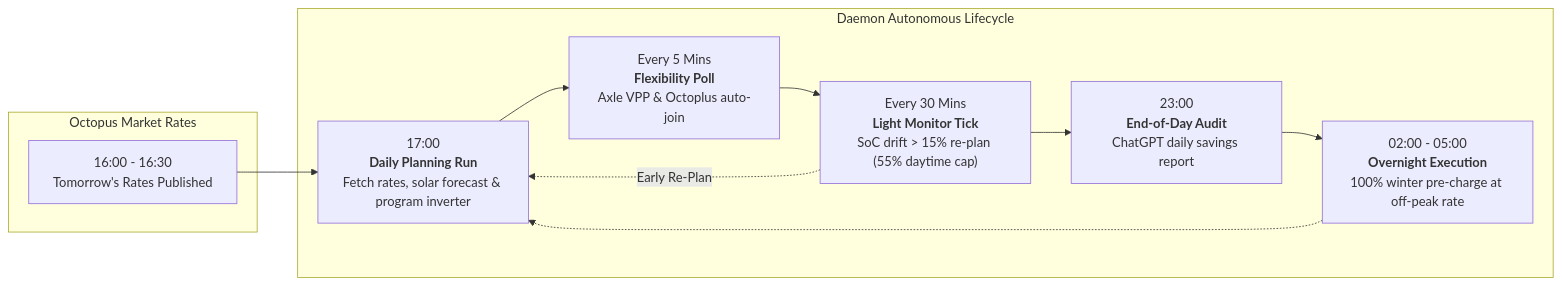
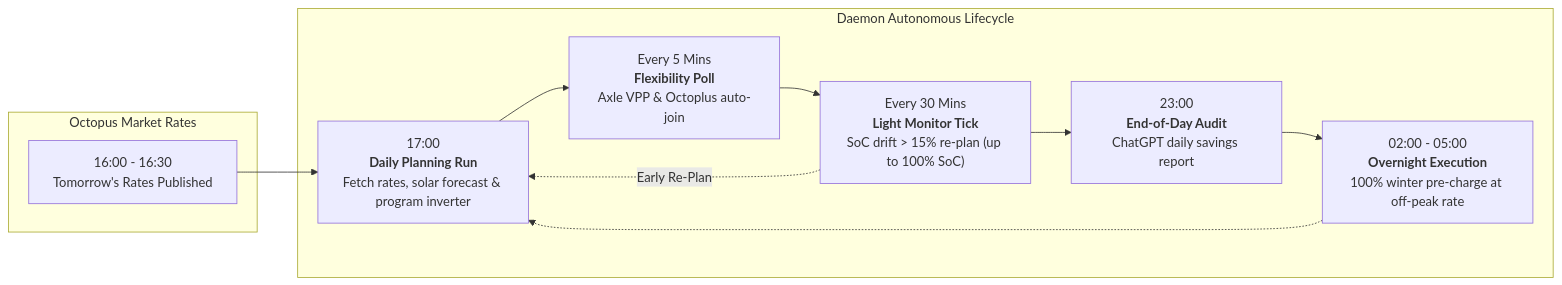
The third of 4 diagrams in README.md (revhawk/GivEnergy_Tracker), drawn with Mermaid before and after one commit. The commit also changed other lines of this file and 9 other files, not shown here.

````diff
--- a/README.md
+++ b/README.md
@@ -176,22 +180,22 @@
 ```mermaid
 flowchart LR
     subgraph Market["Octopus Market Rates"]
         Rates["16:00 - 16:30<br/>Tomorrow's Rates Published"]
     end
 
     subgraph Daemon["Daemon Autonomous Lifecycle"]
         Plan["17:00<br/><b>Daily Planning Run</b><br/>Fetch rates, solar forecast & program inverter"]
         Flex["Every 5 Mins<br/><b>Flexibility Poll</b><br/>Axle VPP & Octoplus auto-join"]
-        Drift["Every 30 Mins<br/><b>Light Monitor Tick</b><br/>SoC drift > 15% re-plan (55% daytime cap)"]
+        Drift["Every 30 Mins<br/><b>Light Monitor Tick</b><br/>SoC drift > 15% re-plan (up to 100% SoC)"]
         Audit["23:00<br/><b>End-of-Day Audit</b><br/>ChatGPT daily savings report"]
         Charge["02:00 - 05:00<br/><b>Overnight Execution</b><br/>100% winter pre-charge at off-peak rate"]
     end
 
     Rates --> Plan
     Plan --> Flex
     Flex --> Drift
     Drift -.->|Early Re-Plan| Plan
     Drift --> Audit
     Audit --> Charge
     Charge -.-> Plan
 ```
````
